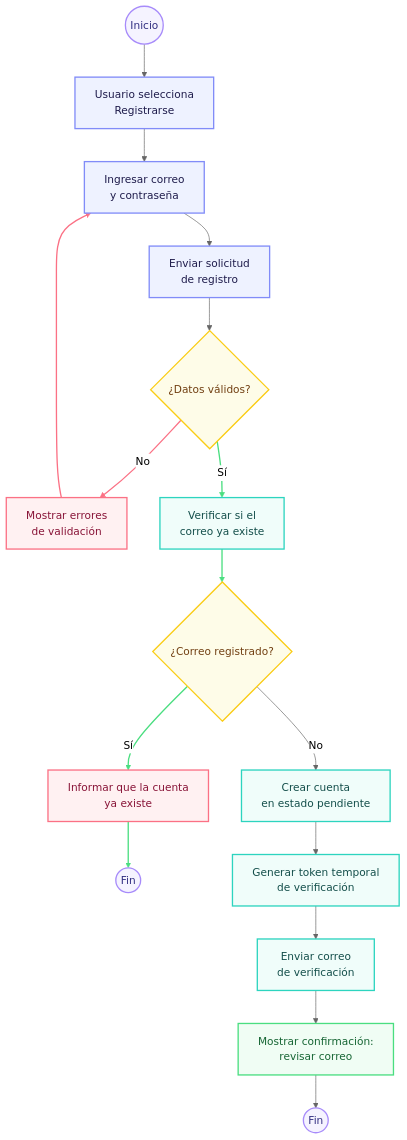
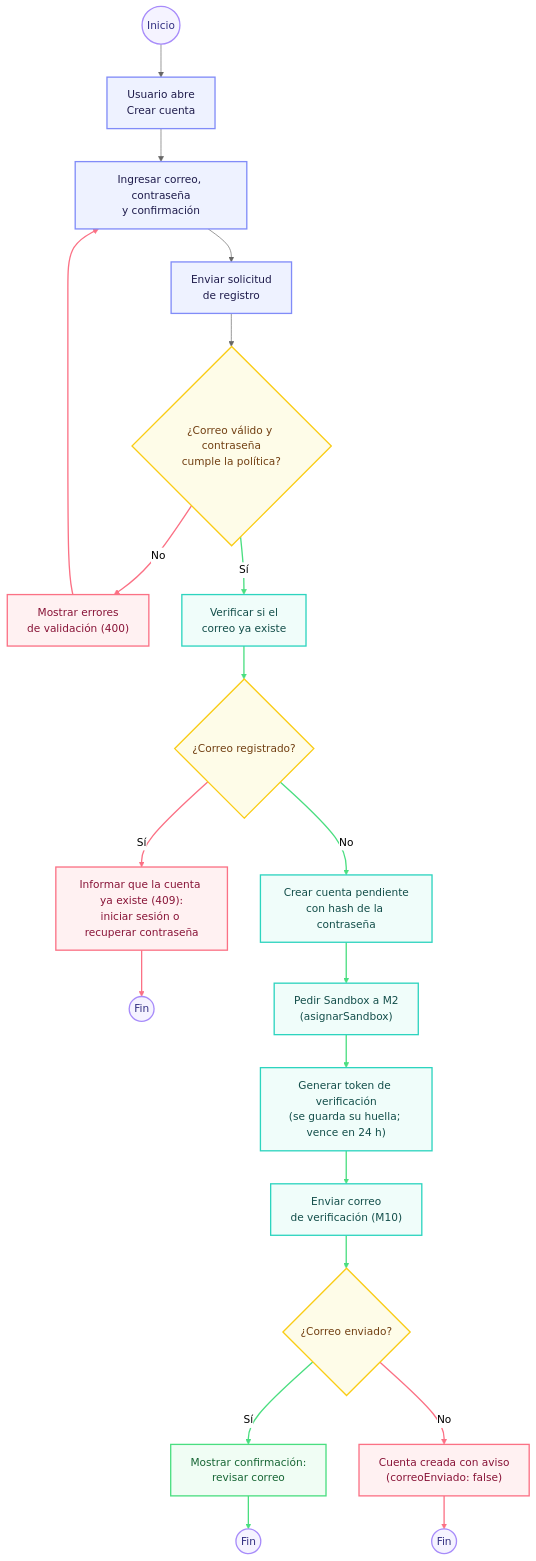
The diagram in docs/diagramas/m1-m10/m1-actividad-registro.mmd (derekCmorales/deploya), drawn with Mermaid (neutral theme) before and after one commit. The commit also changed 15 other files, not shown here.

```diff
--- a/docs/diagramas/m1-m10/m1-actividad-registro.mmd
+++ b/docs/diagramas/m1-m10/m1-actividad-registro.mmd
@@ -1,48 +1,65 @@
 ---
 config:
   layout: fixed
 ---
 flowchart TB
-    START(("Inicio")) --> A["Usuario selecciona<br>Registrarse"]
-    A --> B["Ingresar correo<br>y contraseña"]
+    START(("Inicio")) --> A["Usuario abre<br>Crear cuenta"]
+    A --> B["Ingresar correo, contraseña<br>y confirmación"]
     B --> C["Enviar solicitud<br>de registro"]
-    C --> D{"¿Datos válidos?"}
-    D -- No --> E["Mostrar errores<br>de validación"]
+    C --> D{"¿Correo válido y contraseña<br>cumple la política?"}
+    D -- No --> E["Mostrar errores<br>de validación (400)"]
     E --> B
     D -- Sí --> F["Verificar si el<br>correo ya existe"]
     F --> G{"¿Correo registrado?"}
-    G -- Sí --> H["Informar que la cuenta<br>ya existe"]
+    G -- Sí --> H["Informar que la cuenta ya existe (409):<br>iniciar sesión o recuperar contraseña"]
     H --> END1(("Fin"))
-    G -- No --> I["Crear cuenta<br>en estado pendiente"]
-    I --> J["Generar token temporal<br>de verificación"]
-    J --> K["Enviar correo<br>de verificación"]
-    K --> L["Mostrar confirmación:<br>revisar correo"]
+    G -- No --> I["Crear cuenta pendiente<br>con hash de la contraseña"]
+    I --> S["Pedir Sandbox a M2<br>(asignarSandbox)"]
+    S --> J["Generar token de verificación<br>(se guarda su huella; vence en 24 h)"]
+    J --> K["Enviar correo<br>de verificación (M10)"]
+    K --> M{"¿Correo enviado?"}
+    M -- Sí --> L["Mostrar confirmación:<br>revisar correo"]
     L --> END2(("Fin"))
+    M -- No --> N["Cuenta creada con aviso<br>(correoEnviado: false)"]
+    N --> END3(("Fin"))
 
      START:::startEnd
      A:::input
      B:::input
      C:::input
      D:::decision
      E:::error
      F:::process
      G:::decision
      H:::error
      END1:::startEnd
      I:::process
+     S:::process
      J:::process
      K:::process
+     M:::decision
      L:::success
+     N:::error
      END2:::startEnd
+     END3:::startEnd
     classDef startEnd fill:#f5f3ff,stroke:#a78bfa,stroke-width:2px,color:#312e81
     classDef input fill:#eef2ff,stroke:#818cf8,stroke-width:2px,color:#1e1b4b
     classDef process fill:#f0fdfa,stroke:#2dd4bf,stroke-width:2px,color:#134e4a
     classDef decision fill:#fefce8,stroke:#facc15,stroke-width:2px,color:#713f12
     classDef error fill:#fff1f2,stroke:#fb7185,stroke-width:2px,color:#881337
     classDef success fill:#f0fdf4,stroke:#4ade80,stroke-width:2px,color:#166534
     linkStyle 4 stroke:#fb7185,stroke-width:2px,fill:none
     linkStyle 5 stroke:#fb7185,stroke-width:2px,fill:none
+    linkStyle 8 stroke:#fb7185,stroke-width:2px,fill:none
+    linkStyle 9 stroke:#fb7185,stroke-width:2px,fill:none
+    linkStyle 17 stroke:#fb7185,stroke-width:2px,fill:none
+    linkStyle 18 stroke:#fb7185,stroke-width:2px,fill:none
     linkStyle 6 stroke:#4ade80,stroke-width:2px,fill:none
     linkStyle 7 stroke:#4ade80,stroke-width:2px,fill:none
-    linkStyle 8 stroke:#4ade80,stroke-width:2px,fill:none
-    linkStyle 9 stroke:#4ade80,stroke-width:2px,fill:none
+    linkStyle 10 stroke:#4ade80,stroke-width:2px,fill:none
+    linkStyle 11 stroke:#4ade80,stroke-width:2px,fill:none
+    linkStyle 12 stroke:#4ade80,stroke-width:2px,fill:none
+    linkStyle 13 stroke:#4ade80,stroke-width:2px,fill:none
+    linkStyle 14 stroke:#4ade80,stroke-width:2px,fill:none
+    linkStyle 15 stroke:#4ade80,stroke-width:2px,fill:none
+    linkStyle 16 stroke:#4ade80,stroke-width:2px,fill:none
```
